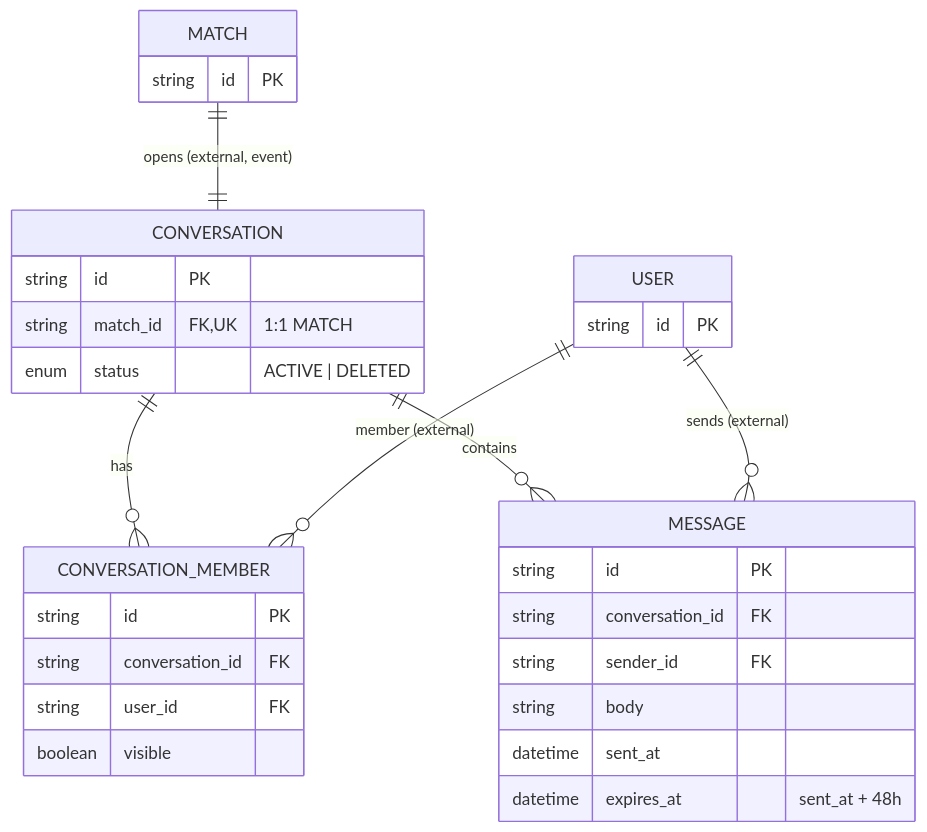
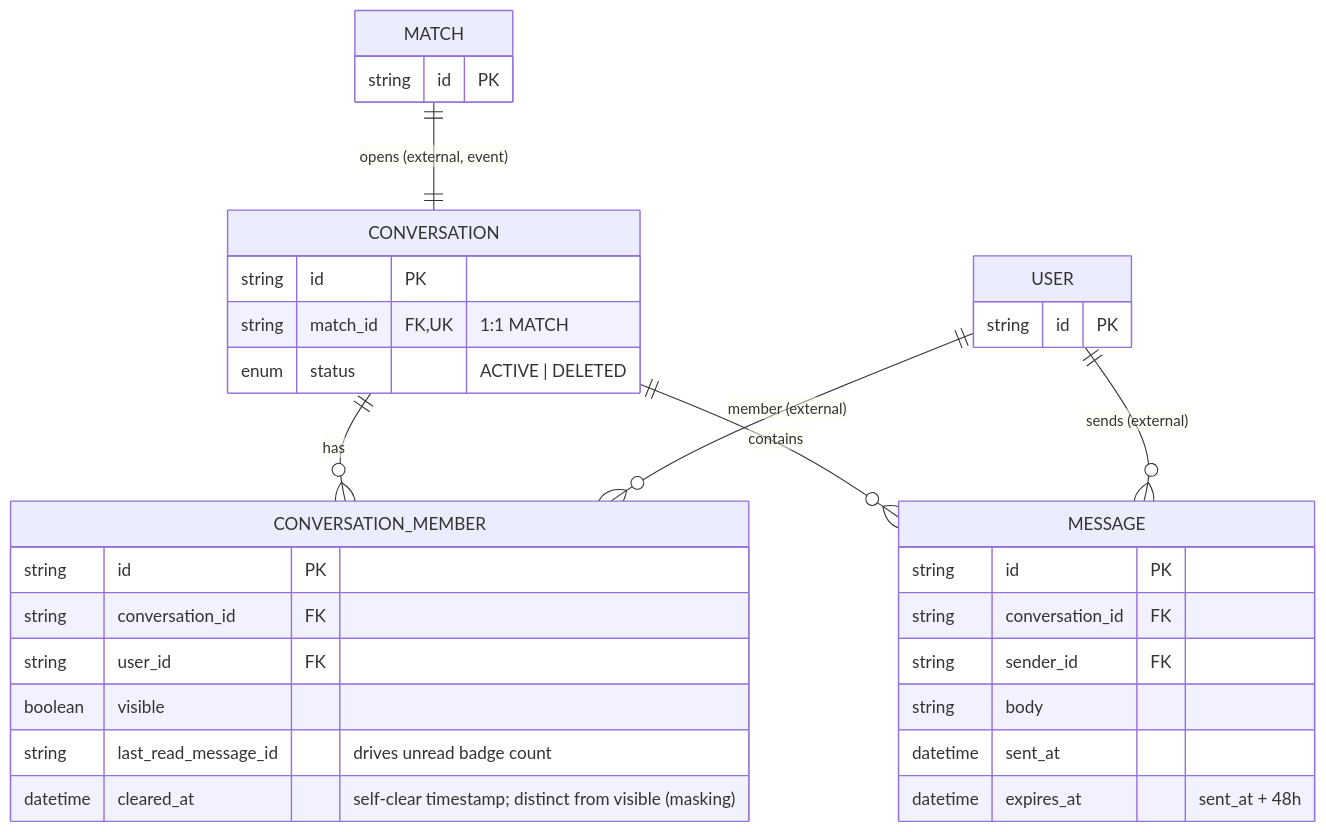
One commit to cheetah-org/fold-design changed the sixth of 8 diagrams in entities/er-diagram.md. Above: the diagram before and after it, drawn with Mermaid. The commit also changed other lines of this file and 12 other files, not shown here.

First line of the commit message:
Sync ER diagram with API specs, replace city with location/region, fix cross-doc errors

````diff
--- a/entities/er-diagram.md
+++ b/entities/er-diagram.md
@@ -374,38 +393,40 @@
 ```mermaid
 erDiagram
     %% Owned entities
     CONVERSATION {
         string id PK
         string match_id FK, UK "1:1 MATCH"
         enum status "ACTIVE | DELETED"
     }
     CONVERSATION_MEMBER {
         string id PK
         string conversation_id FK
         string user_id FK
         boolean visible
+        string last_read_message_id "drives unread badge count"
+        datetime cleared_at "self-clear timestamp; distinct from visible (masking)"
     }
     MESSAGE {
         string id PK
         string conversation_id FK
         string sender_id FK
         string body
         datetime sent_at
         datetime expires_at "sent_at + 48h"
     }
 
     %% External references (owned by Matching / User Service)
     MATCH {
         string id PK
     }
     USER {
         string id PK
     }
 
     %% Relationships
     MATCH ||--|| CONVERSATION : "opens (external, event)"
     CONVERSATION ||--o{ CONVERSATION_MEMBER : "has"
     USER ||--o{ CONVERSATION_MEMBER : "member (external)"
     CONVERSATION ||--o{ MESSAGE : "contains"
     USER ||--o{ MESSAGE : "sends (external)"
 ```
````
